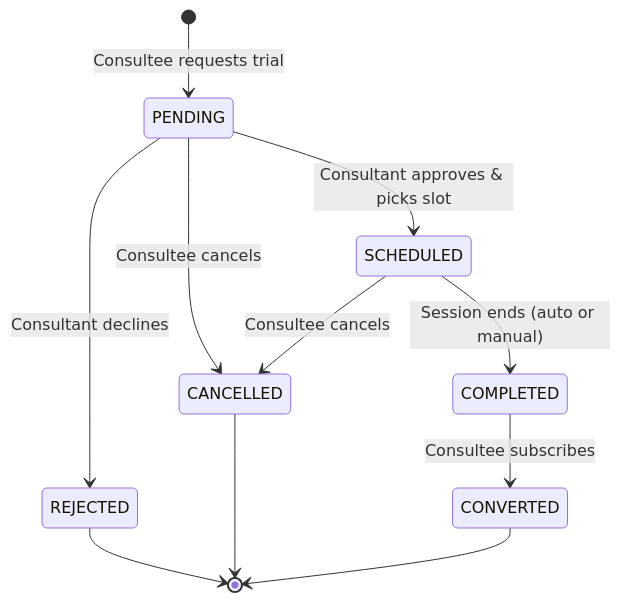
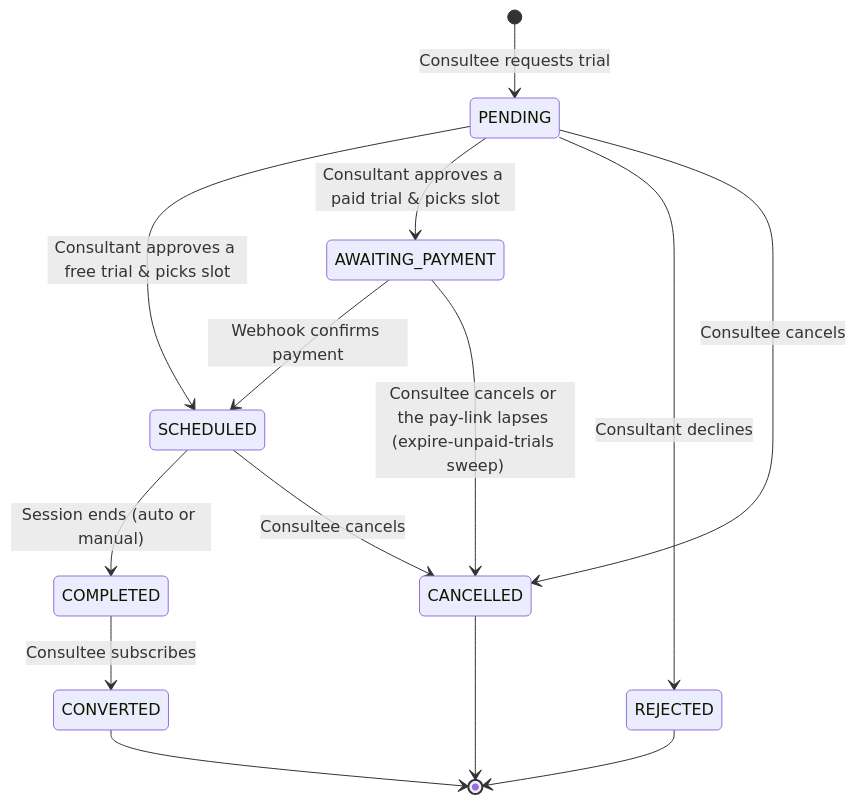
The first of 2 diagrams in docs/booking/09-trials.md (Practitionist/familiarise_web), drawn with Mermaid before and after one commit. The commit also changed other lines of this file and 4 other files, not shown here.

First line of the commit message:
docs(booking): lifecycle expiry is 48 h, no webhook catch-all, truthful approval trigger; state machines regenerated; trials gain AWAITING_PAYMENT; create-input log

````diff
--- a/docs/booking/09-trials.md
+++ b/docs/booking/09-trials.md
@@ -75,13 +76,16 @@
 ```mermaid
 stateDiagram-v2
     [*] --> PENDING : Consultee requests trial
-    PENDING --> SCHEDULED : Consultant approves & picks slot
+    PENDING --> SCHEDULED : Consultant approves a free trial & picks slot
+    PENDING --> AWAITING_PAYMENT : Consultant approves a paid trial & picks slot
+    AWAITING_PAYMENT --> SCHEDULED : Webhook confirms payment
+    AWAITING_PAYMENT --> CANCELLED : Consultee cancels or the pay-link lapses (expire-unpaid-trials sweep)
     PENDING --> REJECTED : Consultant declines
     PENDING --> CANCELLED : Consultee cancels
     SCHEDULED --> COMPLETED : Session ends (auto or manual)
     SCHEDULED --> CANCELLED : Consultee cancels
     COMPLETED --> CONVERTED : Consultee subscribes
     REJECTED --> [*]
     CANCELLED --> [*]
     CONVERTED --> [*]
 ```
````
